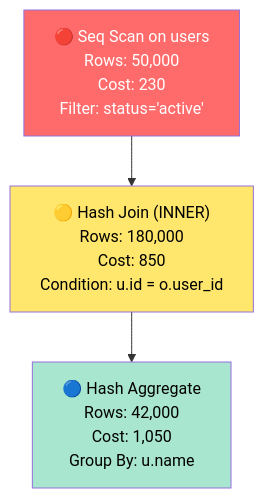
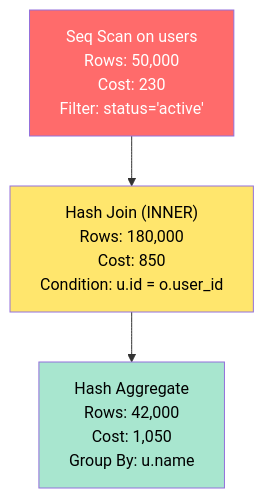
Before and after one commit to hemv-857/vizql: the diagram in README.md, drawn with Mermaid. The commit also changed other lines of this file, not shown here.

````diff
--- a/README.md
+++ b/README.md
@@ -82,13 +112,13 @@
 ```mermaid
 flowchart TD
-    N1["🔴 Seq Scan on users<br/>Rows: 50,000<br/>Cost: 230<br/>Filter: status='active'"]
-    N2["🟡 Hash Join (INNER)<br/>Rows: 180,000<br/>Cost: 850<br/>Condition: u.id = o.user_id"]
-    N3["🔵 Hash Aggregate<br/>Rows: 42,000<br/>Cost: 1,050<br/>Group By: u.name"]
+    N1["Seq Scan on users<br/>Rows: 50,000<br/>Cost: 230<br/>Filter: status='active'"]
+    N2["Hash Join (INNER)<br/>Rows: 180,000<br/>Cost: 850<br/>Condition: u.id = o.user_id"]
+    N3["Hash Aggregate<br/>Rows: 42,000<br/>Cost: 1,050<br/>Group By: u.name"]
 
     N1 --> N2
     N2 --> N3
 
     style N1 fill:#ff6b6b,color:#fff
     style N2 fill:#ffe66d,color:#000
     style N3 fill:#a8e6cf,color:#000
 ```
````
